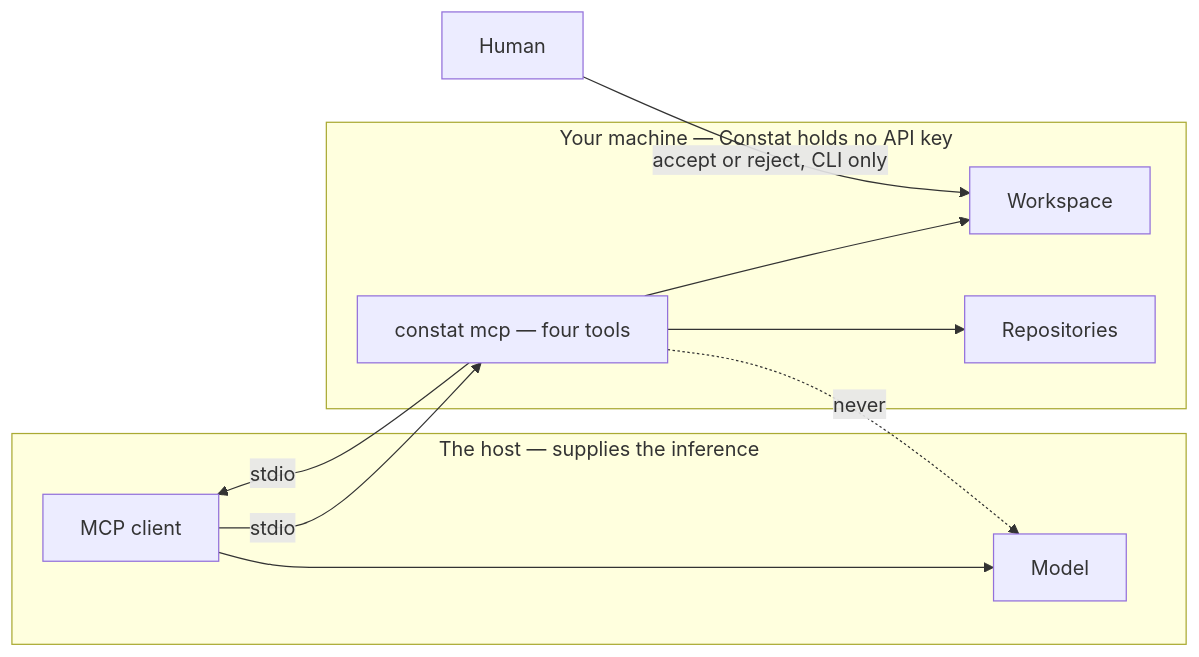
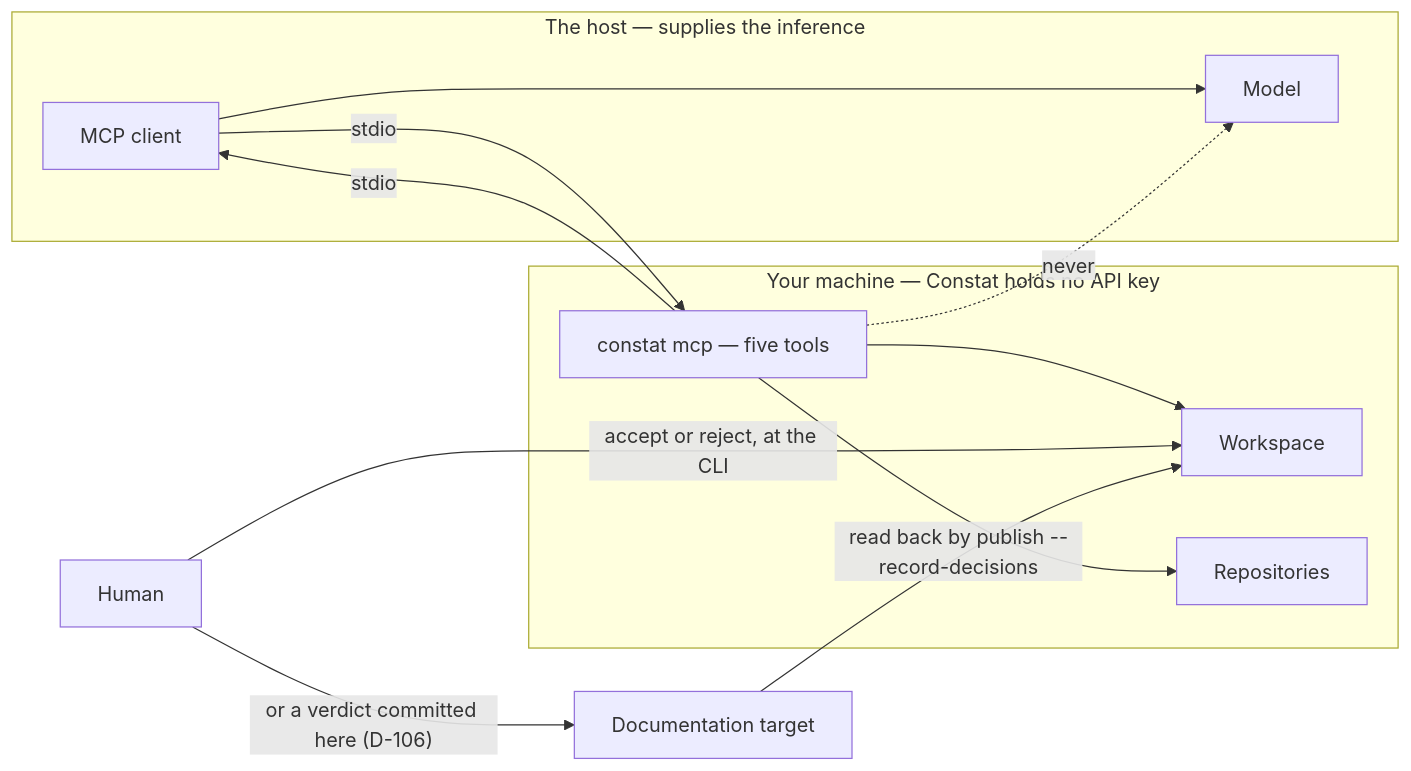
One commit to padjis/constat changed the third of 3 diagrams in ARCHITECTURE.md. Above: the diagram before and after it, drawn with Mermaid. The commit also changed other lines of this file and 7 other files, not shown here.

First line of the commit message:
CON-102: a page for the command loop, and diagrams that tell the truth

````diff
--- a/ARCHITECTURE.md
+++ b/ARCHITECTURE.md
@@ -156,23 +208,27 @@
 ```mermaid
 flowchart LR
     subgraph HOST["The host — supplies the inference"]
         M["Model"]
         C["MCP client"]
     end
 
     subgraph LOCAL["Your machine — Constat holds no API key"]
-        S["constat mcp — four tools"]
+        S["constat mcp — five tools"]
         W["Workspace"]
         R["Repositories"]
     end
 
     H["Human"]
 
     C -->|"stdio"| S
     S -->|"stdio"| C
     C --> M
     S --> R
     S --> W
-    H -->|"accept or reject, CLI only"| W
+    P["Documentation target"]
+
+    H -->|"accept or reject, at the CLI"| W
+    H -->|"or a verdict committed here (D-106)"| P
+    P -->|"read back by publish --record-decisions"| W
     S -.->|"never"| M
 ```
````
